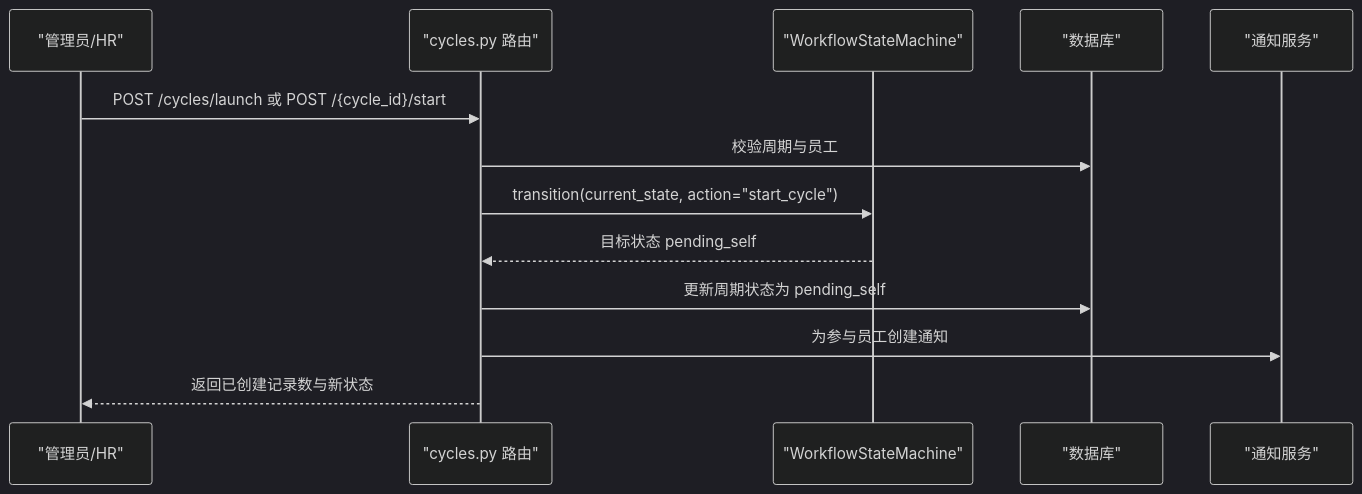
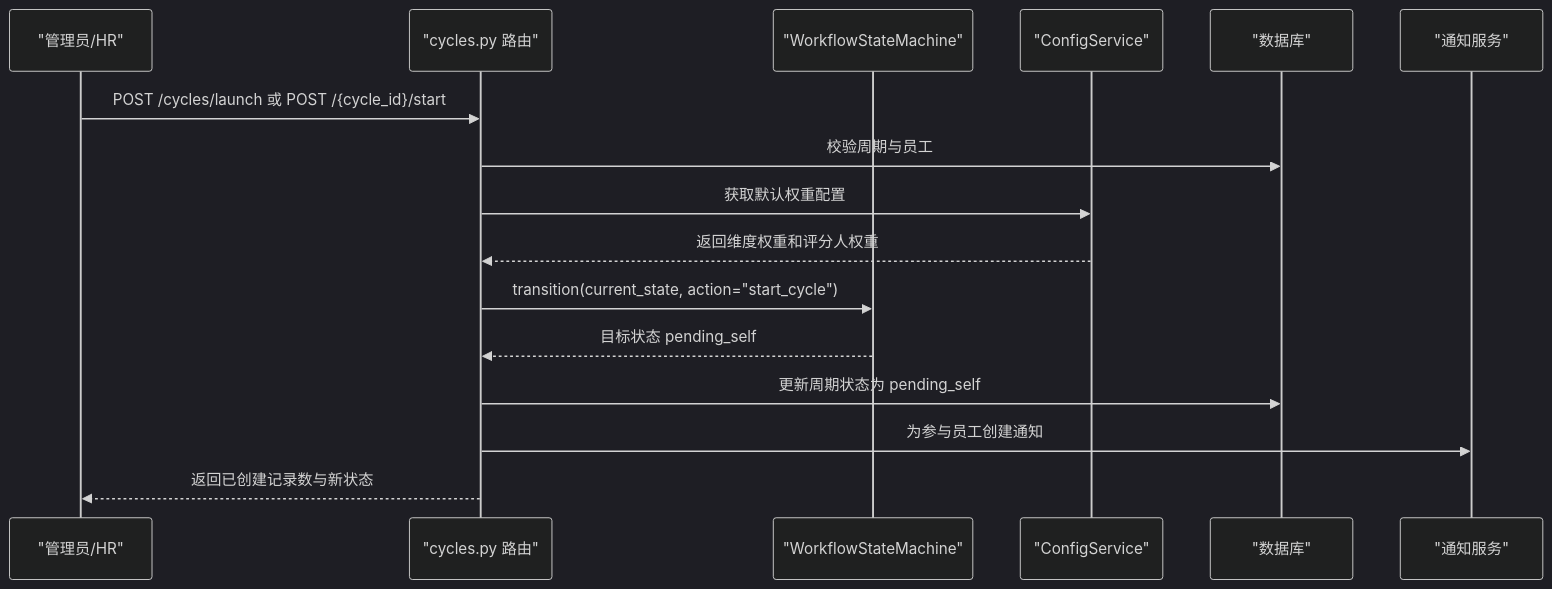
The second of 6 diagrams in .qoder/repowiki/zh/content/API参考文档/考核周期API.md (xgd561/performance_evaluation_system), drawn with Mermaid (dark theme) before and after one commit. The commit also changed other lines of this file and 136 other files, not shown here.

````diff
--- a/.qoder/repowiki/zh/content/API参考文档/考核周期API.md
+++ b/.qoder/repowiki/zh/content/API参考文档/考核周期API.md
@@ -79,15 +88,18 @@
 ```mermaid
 sequenceDiagram
 participant Admin as "管理员/HR"
 participant Router as "cycles.py 路由"
 participant SM as "WorkflowStateMachine"
+participant ConfigSvc as "ConfigService"
 participant DB as "数据库"
 participant Notify as "通知服务"
 Admin->>Router : POST /cycles/launch 或 POST /{cycle_id}/start
 Router->>DB : 校验周期与员工
+Router->>ConfigSvc : 获取默认权重配置
+ConfigSvc-->>Router : 返回维度权重和评分人权重
 Router->>SM : transition(current_state, action="start_cycle")
 SM-->>Router : 目标状态 pending_self
 Router->>DB : 更新周期状态为 pending_self
 Router->>Notify : 为参与员工创建通知
 Router-->>Admin : 返回已创建记录数与新状态
 ```
````
